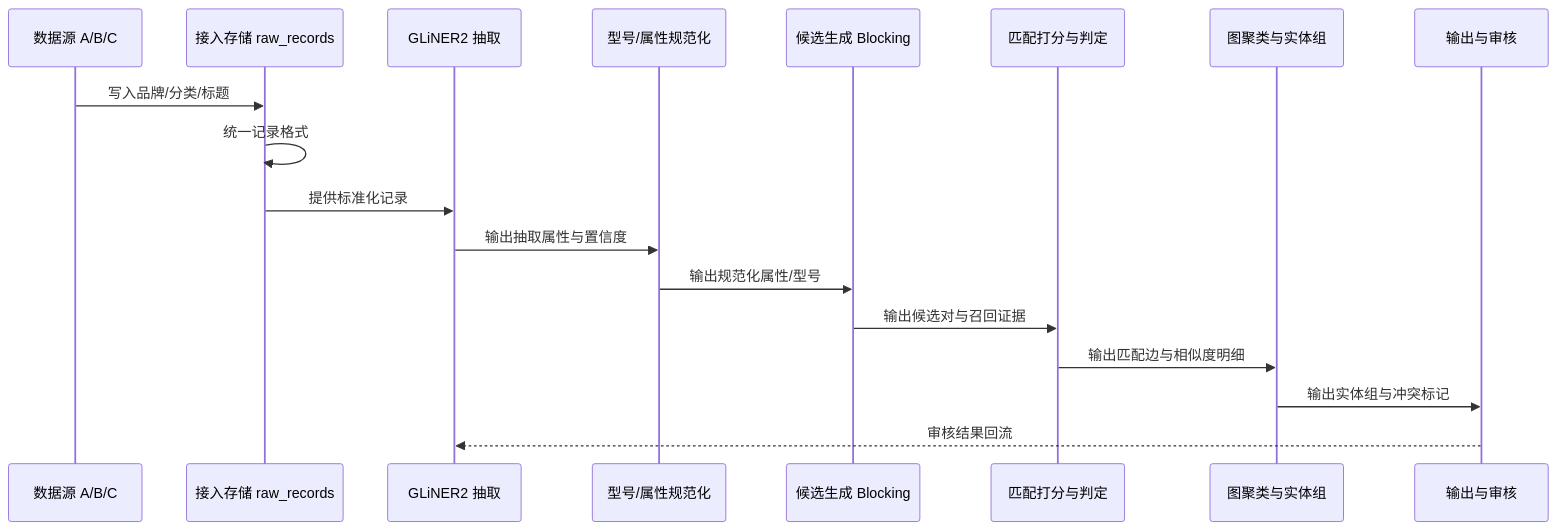
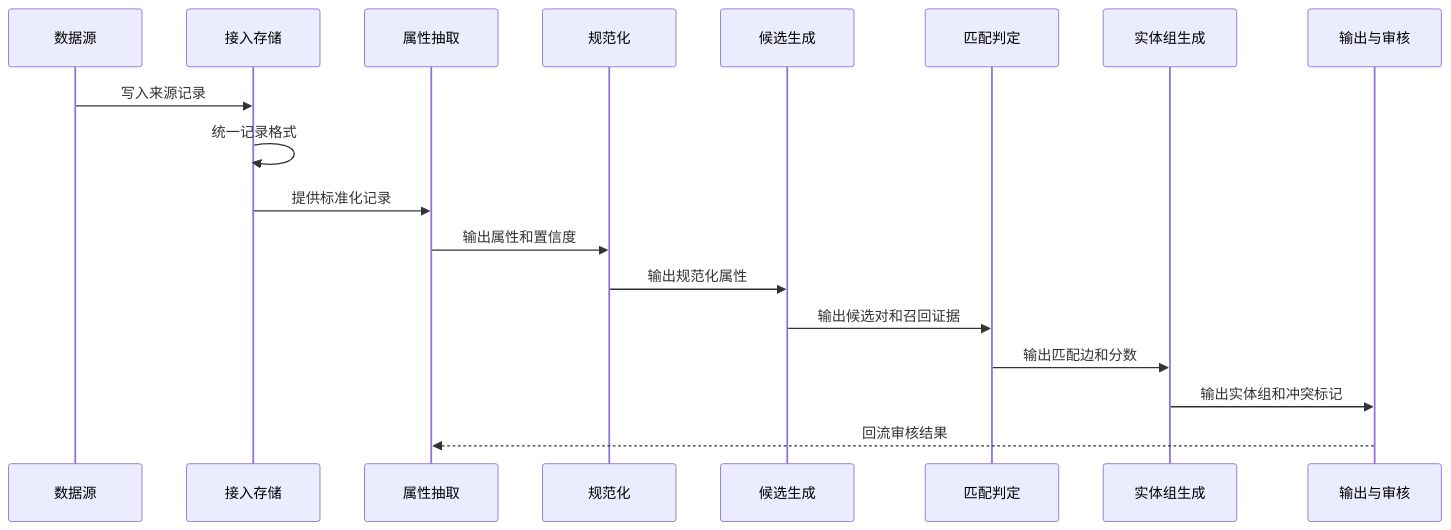
One commit to WorkerXu/my-doc changed the second of 2 diagrams in 多来源商品数据合并系统设计.md. Above: the diagram before and after it, drawn with Mermaid. The commit also changed other lines of this file, not shown here.

````diff
--- a/多来源商品数据合并系统设计.md
+++ b/多来源商品数据合并系统设计.md
@@ -92,21 +118,21 @@
 ```mermaid
 sequenceDiagram
-    participant SRC as 数据源 A/B/C
-    participant ING as 接入存储 raw_records
-    participant NER as GLiNER2 抽取
-    participant NORM as 型号/属性规范化
-    participant BLK as 候选生成 Blocking
-    participant MAT as 匹配打分与判定
-    participant GRAPH as 图聚类与实体组
+    participant SRC as 数据源
+    participant ING as 接入存储
+    participant EXT as 属性抽取
+    participant NORM as 规范化
+    participant BLK as 候选生成
+    participant MAT as 匹配判定
+    participant GRP as 实体组生成
     participant OUT as 输出与审核
 
-    SRC->>ING: 写入品牌/分类/标题
+    SRC->>ING: 写入来源记录
     ING->>ING: 统一记录格式
-    ING->>NER: 提供标准化记录
-    NER->>NORM: 输出抽取属性与置信度
-    NORM->>BLK: 输出规范化属性/型号
-    BLK->>MAT: 输出候选对与召回证据
-    MAT->>GRAPH: 输出匹配边与相似度明细
-    GRAPH->>OUT: 输出实体组与冲突标记
-    OUT-->>NER: 审核结果回流
+    ING->>EXT: 提供标准化记录
+    EXT->>NORM: 输出属性和置信度
+    NORM->>BLK: 输出规范化属性
+    BLK->>MAT: 输出候选对和召回证据
+    MAT->>GRP: 输出匹配边和分数
+    GRP->>OUT: 输出实体组和冲突标记
+    OUT-->>EXT: 回流审核结果
 ```
````
